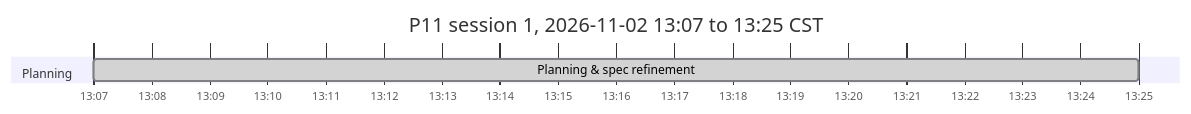
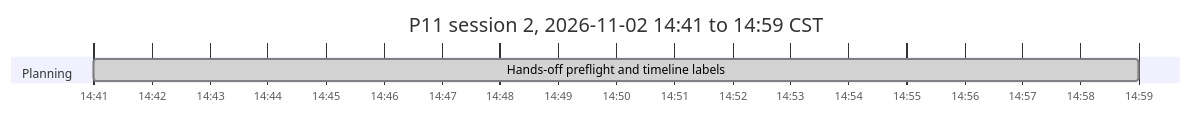
One commit to antonizick/project1111 changed the second of 2 diagrams in P11_IMPLEMENTATION_PLAN.md. Above: the diagram before and after it, drawn with Mermaid. The commit also changed other lines of this file and 16 other files, not shown here.

First line of the commit message:
docs(plan): phx preflight 2026-11-02 15:00 CST

````diff
--- a/P11_IMPLEMENTATION_PLAN.md
+++ b/P11_IMPLEMENTATION_PLAN.md
@@ -63,8 +74,8 @@
 ```mermaid
 gantt
-    title P11 session 1, 2026-11-02 13:07 to 13:25 CST
+    title P11 session 2, 2026-11-02 14:41 to 14:59 CST
     dateFormat YYYY-MM-DD HH:mm
     axisFormat %H:%M
     section Planning
-    Planning & spec refinement :done, p00, 2026-11-02 13:07, 2026-11-02 13:25
+    Hands-off preflight and timeline labels :done, plan3, 2026-11-02 14:41, 2026-11-02 14:59
 ```
````
